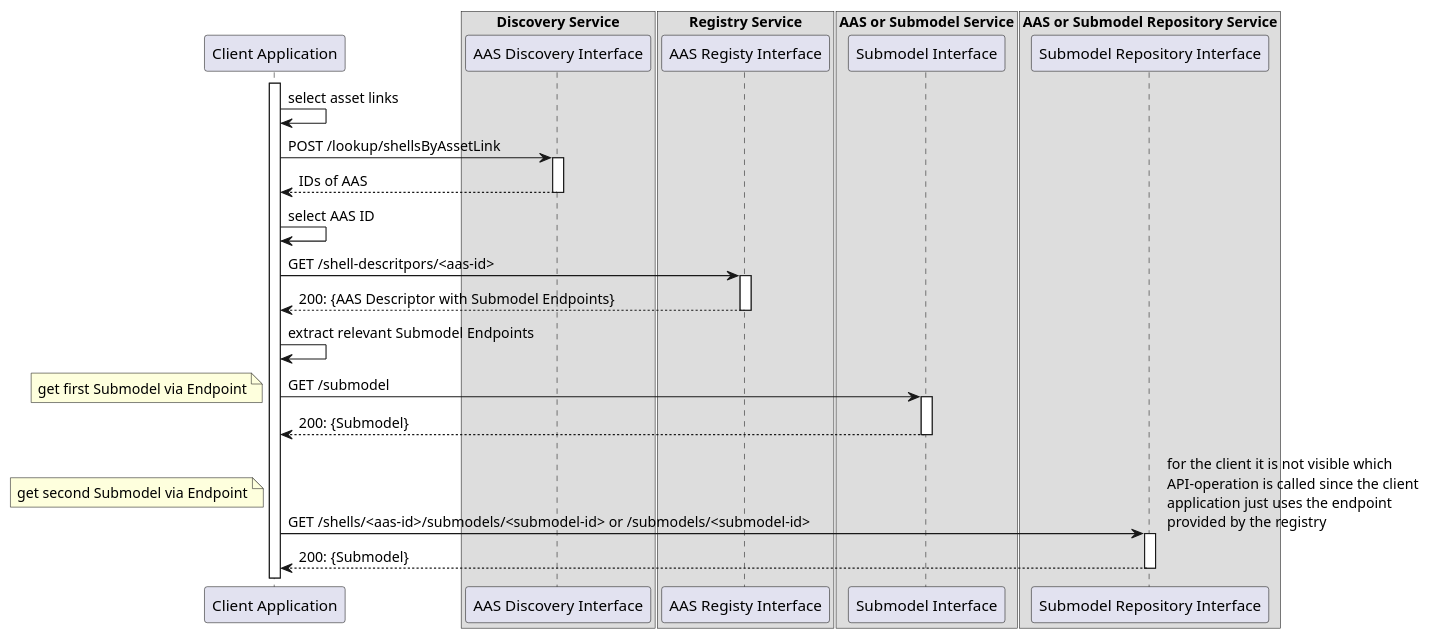
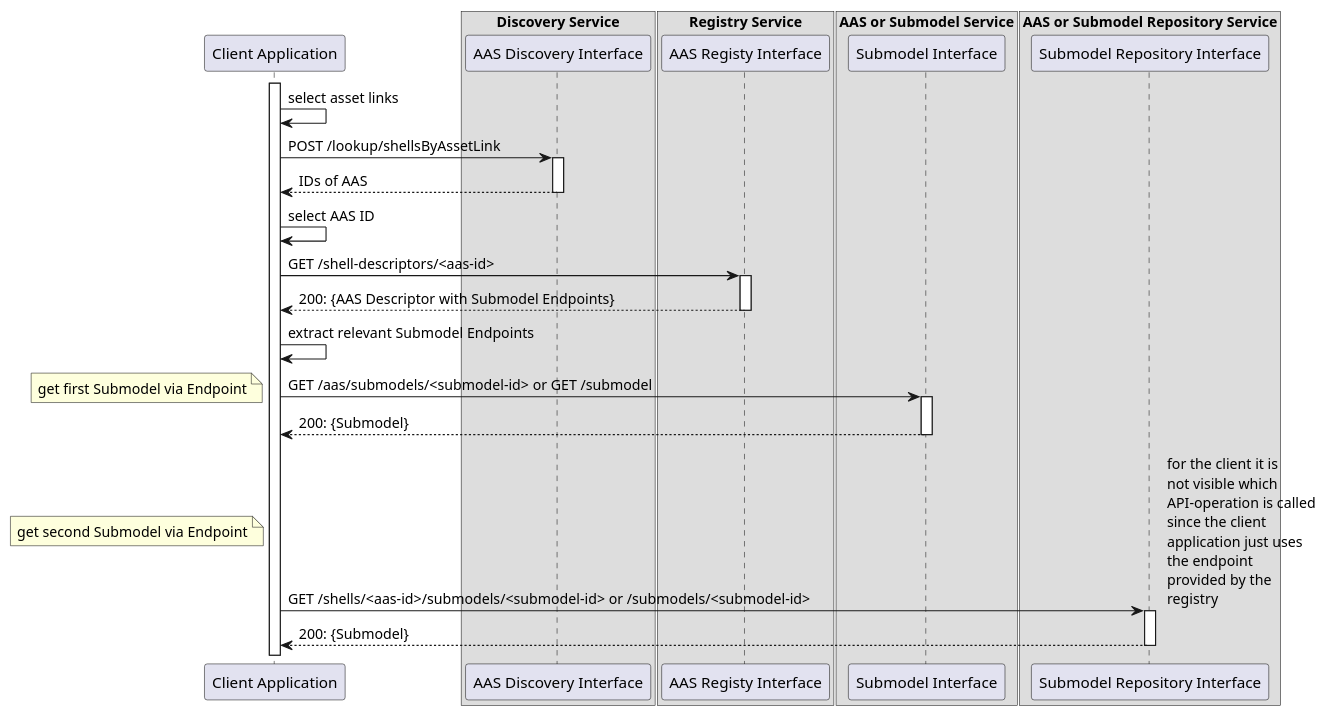
Before and after one commit to admin-shell-io/aas-specs-api: the diagram in documentation/IDTA-01002-3/modules/ROOT/partials/diagrams/seq-sm-endpoints-http.puml, drawn with PlantUML.

Commit message:
seq-sm-endpoints-http: add /aas/submodels/<submodel-id>
fix typos

```diff
--- a/documentation/IDTA-01002-3/modules/ROOT/partials/diagrams/seq-sm-endpoints-http.puml
+++ b/documentation/IDTA-01002-3/modules/ROOT/partials/diagrams/seq-sm-endpoints-http.puml
@@ -1,61 +1,65 @@
 @startuml
 participant Client as "Client Application"
 
 
 box "Discovery Service"
   participant AASDiscovery as "AAS Discovery Interface"
 end box
 
 box "Registry Service"
    participant AASRegistry as "AAS Registy Interface"
 end box
 
 box "AAS or Submodel Service"
   participant iSM as "Submodel Interface"
 end box
 
 box "AAS or Submodel Repository Service"
   participant SMRepo as "Submodel Repository Interface"
 end box
 
 activate Client
 Client -> Client : select asset links
 
 Client -> AASDiscovery: POST /lookup/shellsByAssetLink
 activate AASDiscovery
 Client <-- AASDiscovery : IDs of AAS
 deactivate AASDiscovery
 Client -> Client : select AAS ID
 
 
-Client -> AASRegistry : GET /shell-descritpors/<aas-id>
+Client -> AASRegistry : GET /shell-descriptors/<aas-id>
 activate AASRegistry
 Client <-- AASRegistry : 200: {AAS Descriptor with Submodel Endpoints}
 deactivate AASRegistry
 Client -> Client : extract relevant Submodel Endpoints
 
 
-Client -> iSM : GET /submodel
+Client -> iSM : GET /aas/submodels/<submodel-id> or GET /submodel
 activate iSM
 note left
 get first Submodel via Endpoint
 end note
 Client <-- iSM : 200: {Submodel}
 deactivate iSM
 
 Client -> SMRepo: GET /shells/<aas-id>/submodels/<submodel-id> or /submodels/<submodel-id>
 activate SMRepo
 note left
 get second Submodel via Endpoint
 end note
 note right
-for the client it is not visible which
-API-operation is called since the client
-application just uses the endpoint
-provided by the registry
+for the client it is
+not visible which
+API-operation is called
+since the client
+application just uses
+the endpoint
+provided by the
+registry
 end note
 
 Client <-- SMRepo : 200: {Submodel}
 deactivate SMRepo
 
 @enduml
```
